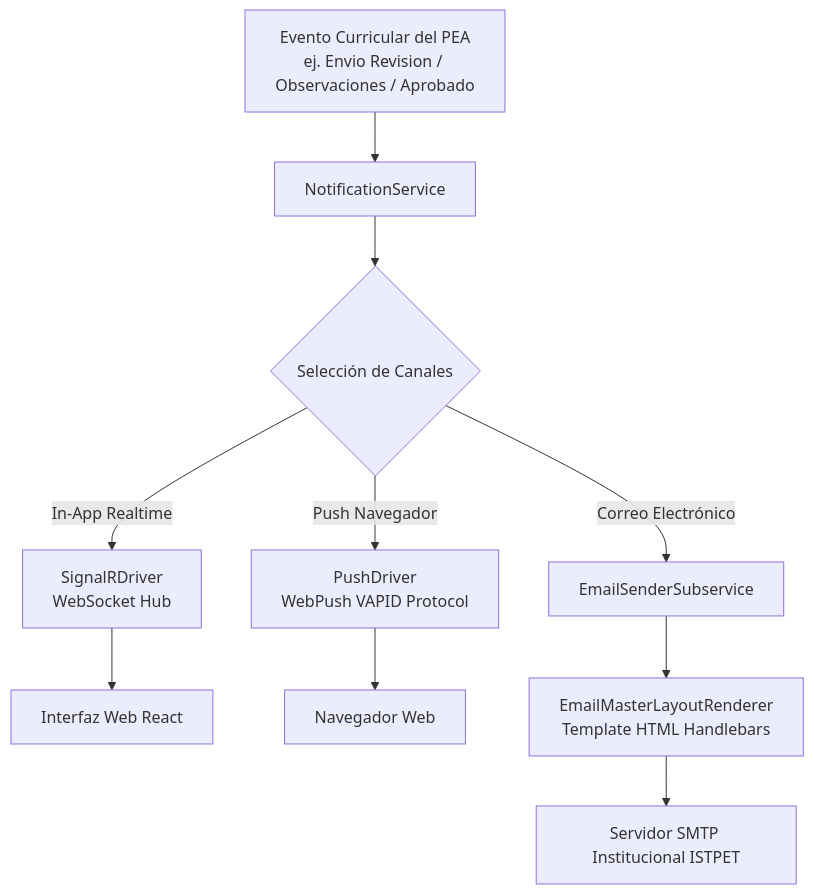
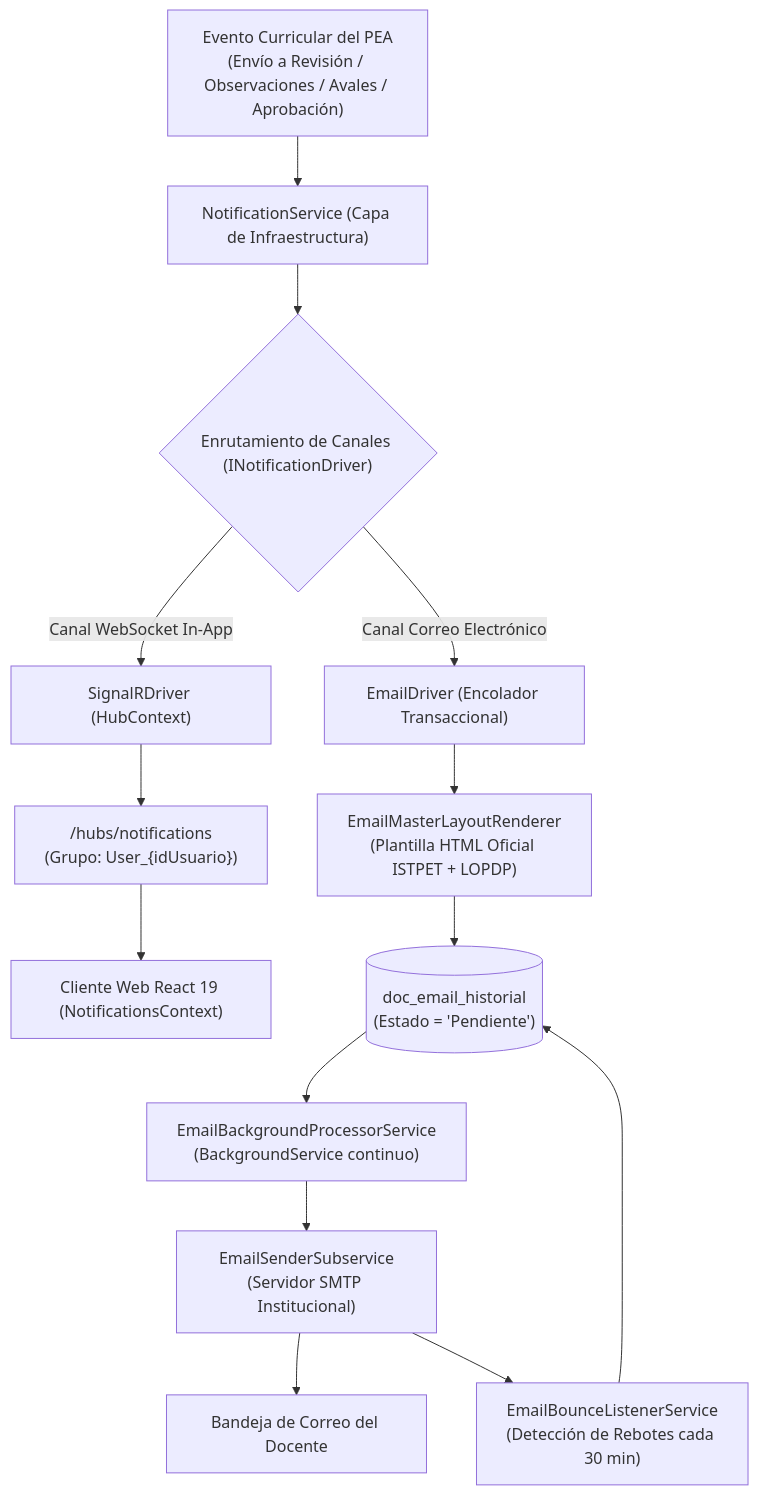
The diagram in docs/documentacion/03-motores-especializados/05-motor-notificaciones-multicanal.md (JorgeDoicela/dosier), drawn with Mermaid before and after one commit. The commit also changed other lines of this file and 35 other files, not shown here.

````diff
--- a/docs/documentacion/03-motores-especializados/05-motor-notificaciones-multicanal.md
+++ b/docs/documentacion/03-motores-especializados/05-motor-notificaciones-multicanal.md
@@ -15,15 +15,22 @@
 ```mermaid
-graph TD
-    SystemEvent[Evento Curricular del PEA\nej. Envio Revision / Observaciones / Aprobado] --> NotifService[NotificationService]
+flowchart TD
+    SystemEvent["Evento Curricular del PEA\n(Envío a Revisión / Observaciones / Avales / Aprobación)"] --> NotifService["NotificationService (Capa de Infraestructura)"]
 
-    NotifService --> Router{Selección de Canales}
+    NotifService --> Router{"Enrutamiento de Canales (INotificationDriver)"}
 
-    Router -->|In-App Realtime| SignalR[SignalRDriver\nWebSocket Hub]
-    Router -->|Push Navegador| Push[PushDriver\nWebPush VAPID Protocol]
-    Router -->|Correo Electrónico| MailEngine[EmailSenderSubservice]
+    Router -->|Canal WebSocket In-App| SignalR["SignalRDriver (HubContext<NotificationHub>)"]
+    Router -->|Canal Correo Electrónico| EmailDriver["EmailDriver (Encolador Transaccional)"]
 
-    SignalR --> ClientWeb[Interfaz Web React]
-    Push --> ClientDevice[Navegador Web]
-    MailEngine --> MailLayout[EmailMasterLayoutRenderer\nTemplate HTML Handlebars]
-    MailLayout --> SMTPServer[Servidor SMTP Institucional ISTPET]
+    SignalR --> NotifHub["/hubs/notifications\n(Grupo: User_{idUsuario})"]
+    NotifHub --> ReactClient["Cliente Web React 19 (NotificationsContext)"]
+
+    EmailDriver --> LayoutRenderer["EmailMasterLayoutRenderer\n(Plantilla HTML Oficial ISTPET + LOPDP)"]
+    LayoutRenderer --> EmailQueue[("doc_email_historial\n(Estado = 'Pendiente')")]
+
+    EmailQueue --> BackgroundProcessor["EmailBackgroundProcessorService\n(BackgroundService continuo)"]
+    BackgroundProcessor --> SMTPClient["EmailSenderSubservice\n(Servidor SMTP Institucional)"]
+
+    SMTPClient --> ExternalMail["Bandeja de Correo del Docente"]
+    SMTPClient --> BounceListener["EmailBounceListenerService\n(Detección de Rebotes cada 30 min)"]
+    BounceListener --> EmailQueue
 ```
````
